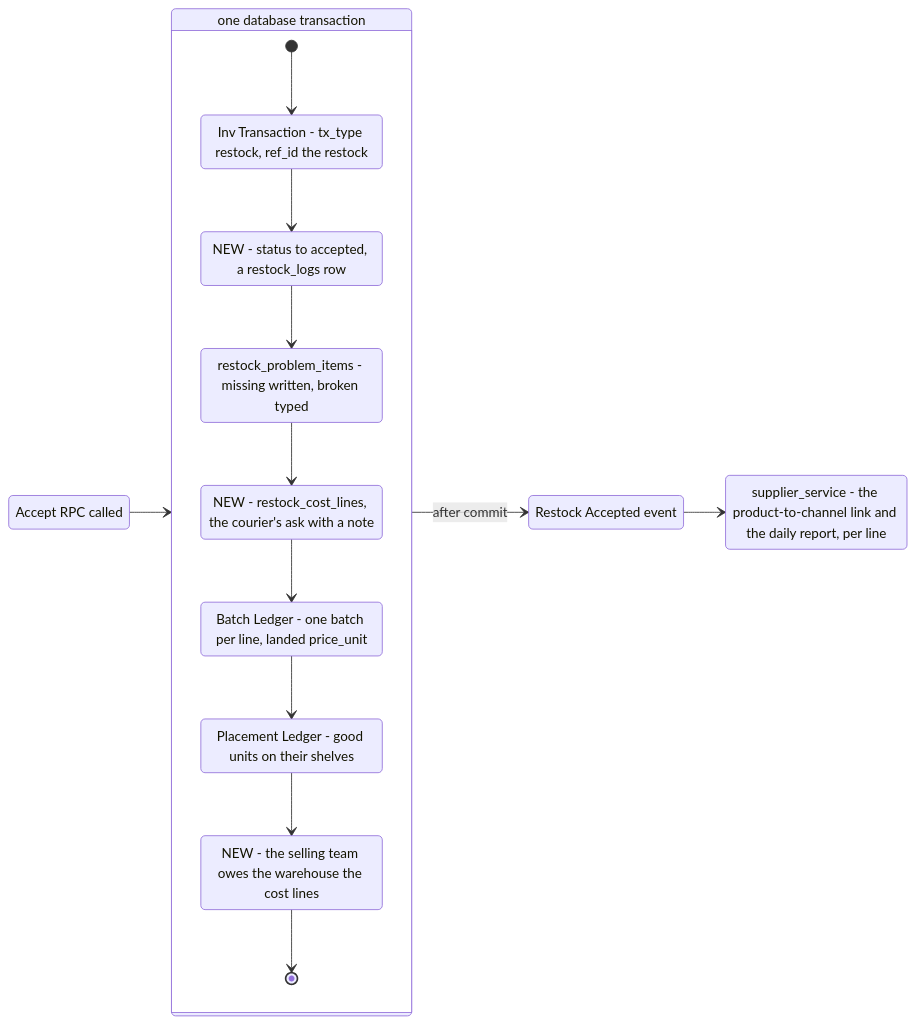
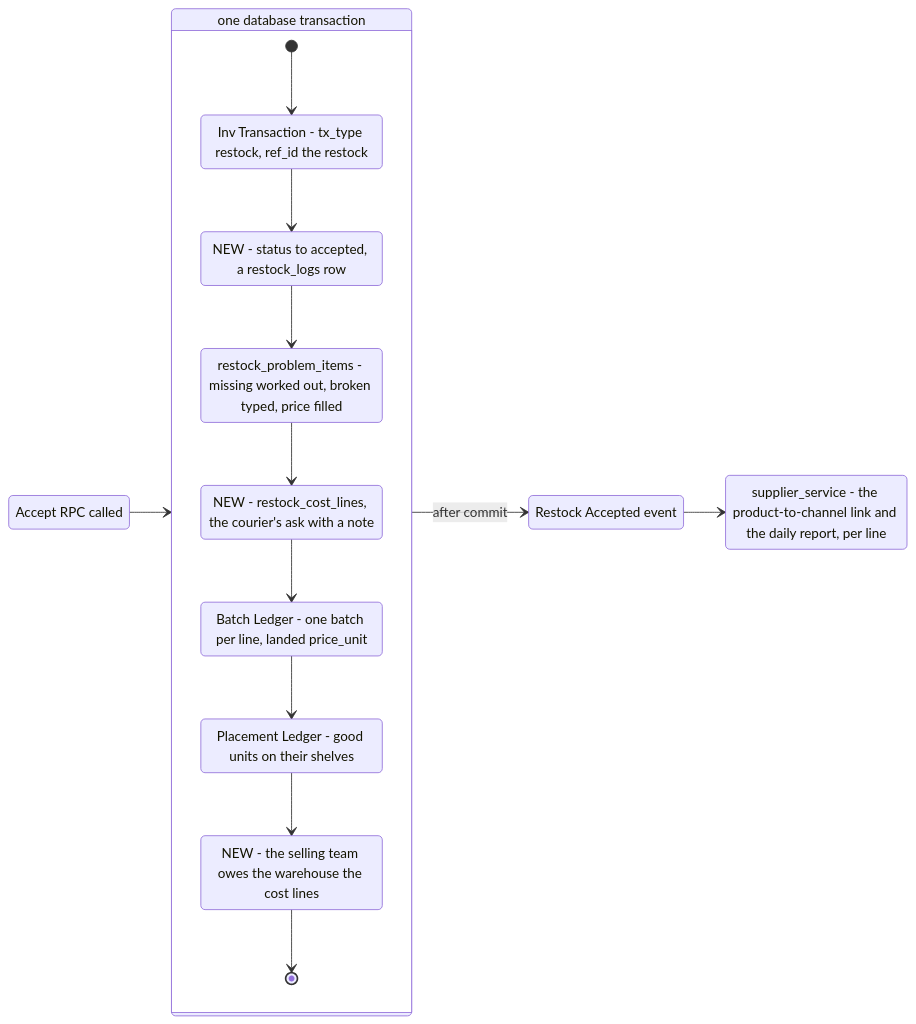
One commit to pdcgo/warehouse_revamp changed the fourth of 7 diagrams in docs/business/inventory/restock_clarify.md. Above: the diagram before and after it, drawn with Mermaid. The commit also changed other lines of this file and 10 other files, not shown here.

````diff
--- a/docs/business/inventory/restock_clarify.md
+++ b/docs/business/inventory/restock_clarify.md
@@ -253,27 +346,27 @@
 ```mermaid
 stateDiagram-v2
   direction LR
   state "Accept RPC called" as rpc
   state "one database transaction" as tx {
     state "Inv Transaction - tx_type restock, ref_id the restock" as inv
     state "NEW - status to accepted, a restock_logs row" as st
-    state "restock_problem_items - missing written, broken typed" as prob
+    state "restock_problem_items - missing worked out, broken typed, price filled" as prob
     state "NEW - restock_cost_lines, the courier's ask with a note" as cost
     state "Batch Ledger - one batch per line, landed price_unit" as bl
     state "Placement Ledger - good units on their shelves" as pl
     state "NEW - the selling team owes the warehouse the cost lines" as owe
     [*] --> inv
     inv --> st
     st --> prob
     prob --> cost
     cost --> bl
     bl --> pl
     pl --> owe
     owe --> [*]
   }
   state "Restock Accepted event" as evt
   state "supplier_service - the product-to-channel link and the daily report, per line" as sup
   rpc --> tx
   tx --> evt: after commit
   evt --> sup
 ```
````
